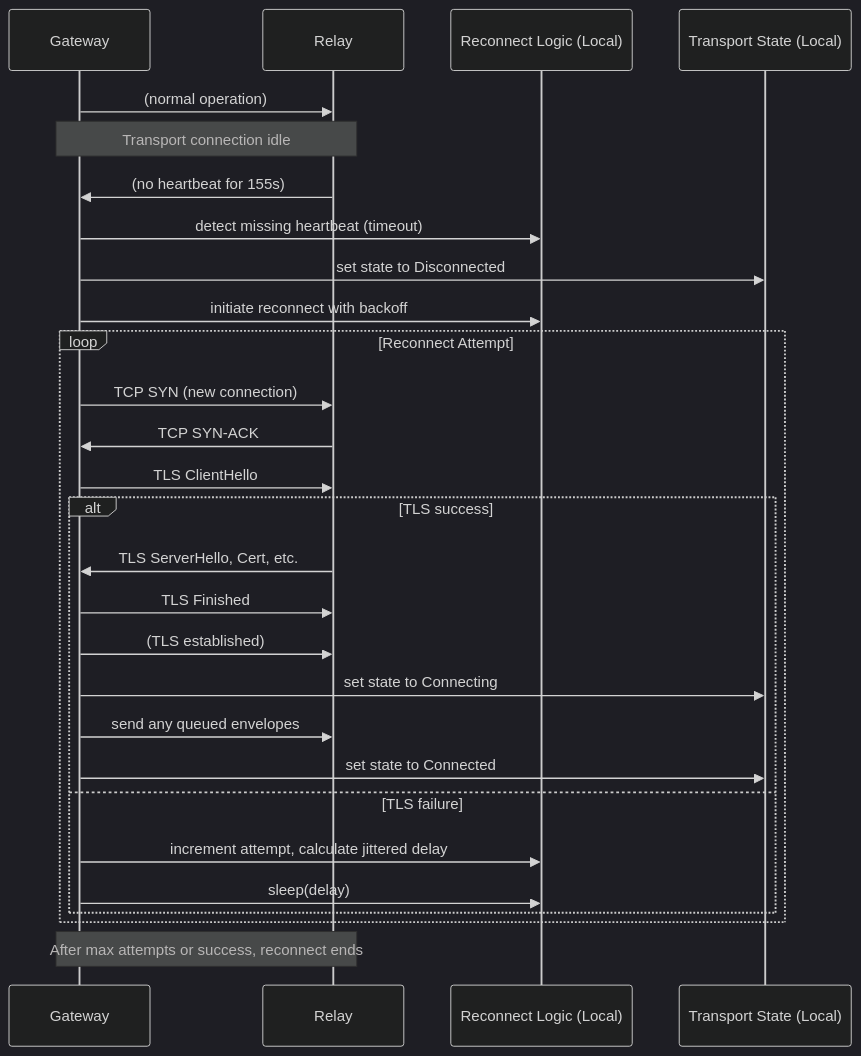
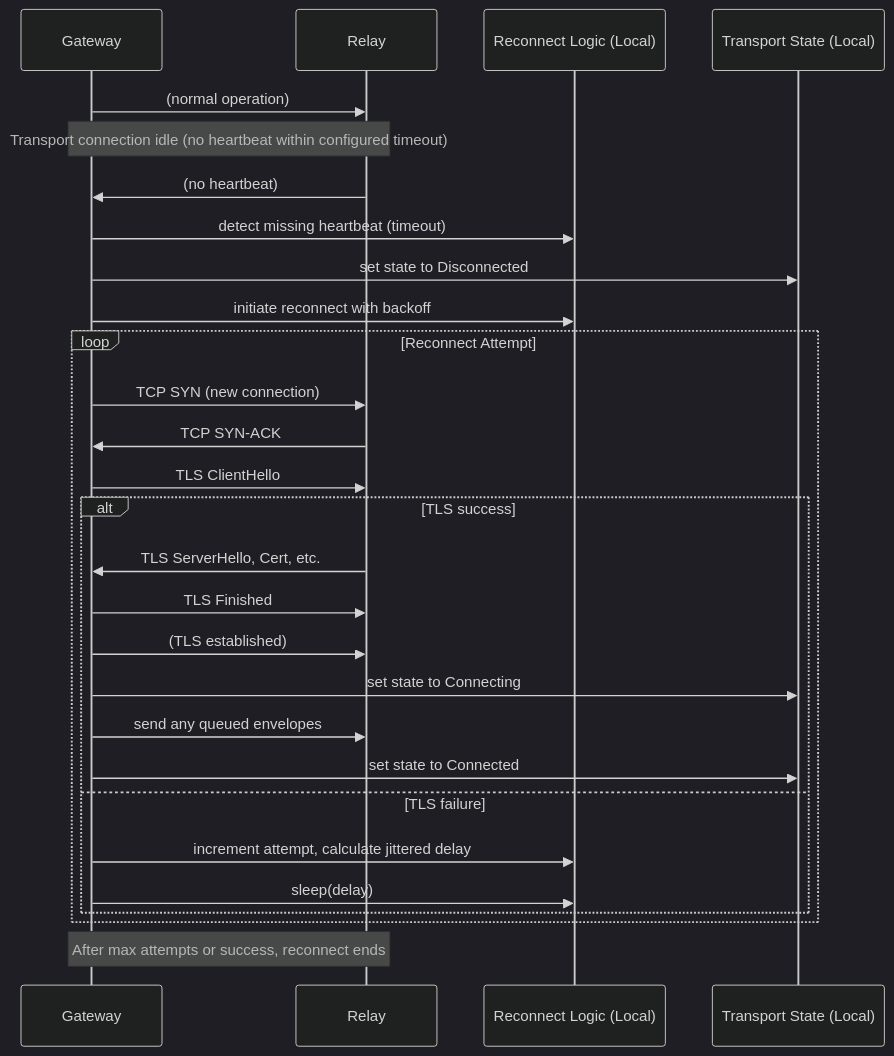
Before and after one commit to oaslananka/kicad-mcp-pro-gateway: the fourth of 8 diagrams in docs/security/sequence-diagrams.md, drawn with Mermaid (dark theme). The commit also changed other lines of this file and 15 other files, not shown here.

Commit message:
docs: add outbound relay security contract, sequence diagrams, and abuse fixtures; fix contract to separate current/testable from normative production

````diff
--- a/docs/security/sequence-diagrams.md
+++ b/docs/security/sequence-diagrams.md
@@ -79,31 +79,31 @@
 ```mermaid
 sequenceDiagram
     participant Gateway
     participant Relay
     participant ReconnectLogic as Reconnect Logic (Local)
     participant TransportState as Transport State (Local)
 
     Gateway->>Relay: (normal operation)
-    Note over Gateway,Relay: Transport connection idle
-    Relay->>Gateway: (no heartbeat for 155s)
+    Note over Gateway,Relay: Transport connection idle (no heartbeat within configured timeout)
+    Relay->>Gateway: (no heartbeat)
     Gateway->>ReconnectLogic: detect missing heartbeat (timeout)
     Gateway->>TransportState: set state to Disconnected
     Gateway->>ReconnectLogic: initiate reconnect with backoff
     loop Reconnect Attempt
         Gateway->>Relay: TCP SYN (new connection)
         Relay->>Gateway: TCP SYN-ACK
         Gateway->>Relay: TLS ClientHello
         alt TLS success
             Relay->>Gateway: TLS ServerHello, Cert, etc.
             Gateway->>Relay: TLS Finished
             Gateway->>Relay: (TLS established)
             Gateway->>TransportState: set state to Connecting
             Gateway->>Relay: send any queued envelopes
             Gateway->>TransportState: set state to Connected
         else TLS failure
             Gateway->>ReconnectLogic: increment attempt, calculate jittered delay
             Gateway->>ReconnectLogic: sleep(delay)
         end
     end
     Note over Gateway,Relay: After max attempts or success, reconnect ends
 ```
````
